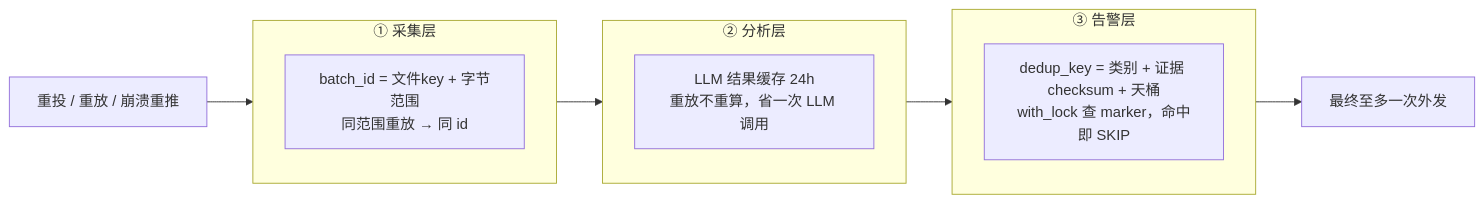
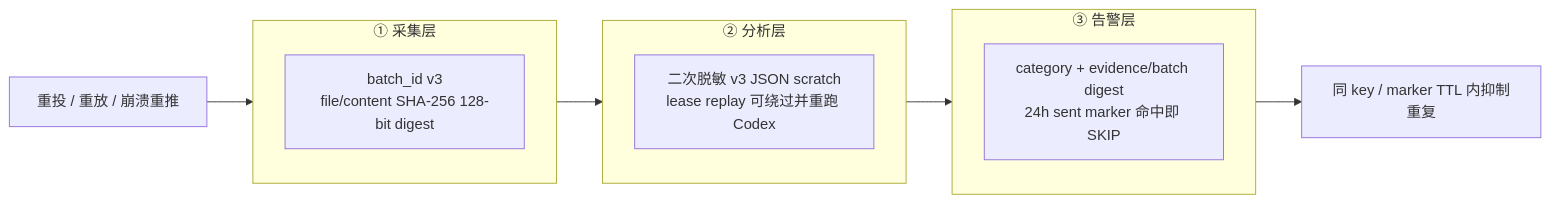
The third of 4 diagrams in 设计文档.md (eanz17/fkst-audit-log), drawn with Mermaid before and after one commit. The commit also changed other lines of this file and 64 other files, not shown here.

````diff
--- a/设计文档.md
+++ b/设计文档.md
@@ -275,14 +276,14 @@
 ```mermaid
 flowchart LR
   IN["重投 / 重放 / 崩溃重推"] --> L1
   subgraph L1["① 采集层"]
-    B["batch_id = 文件key + 字节范围<br/>同范围重放 → 同 id"]
+    B["batch_id v3<br/>file/content SHA-256 128-bit digest"]
   end
   subgraph L2["② 分析层"]
-    RR["LLM 结果缓存 24h<br/>重放不重算，省一次 LLM 调用"]
+    RR["二次脱敏 v3 JSON scratch<br/>lease replay 可绕过并重跑 Codex"]
   end
   subgraph L3["③ 告警层"]
-    D["dedup_key = 类别 + 证据 checksum + 天桶<br/>with_lock 查 marker，命中即 SKIP"]
+    D["category + evidence/batch digest<br/>24h sent marker 命中即 SKIP"]
   end
-  L1 --> L2 --> L3 --> OUT["最终至多一次外发"]
+  L1 --> L2 --> L3 --> OUT["同 key / marker TTL 内抑制重复"]
 ```
````
